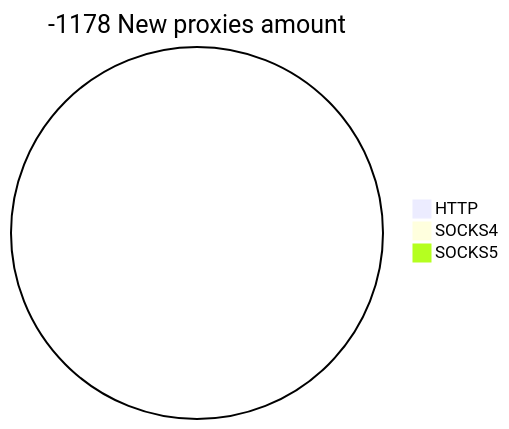
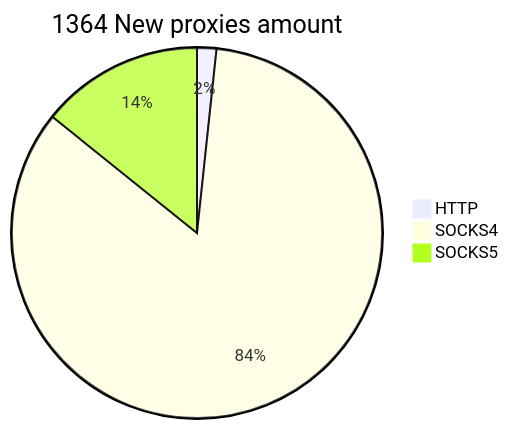
The second of 2 diagrams in README.md (cutipu/proxylist), drawn with Mermaid before and after one commit. The commit also changed other lines of this file, not shown here.

````diff
--- a/README.md
+++ b/README.md
@@ -10,6 +10,6 @@
 ```mermaid
-pie title -1178 New proxies amount
-    "HTTP" : 0
-    "SOCKS4" : 0
-    "SOCKS5" : 0
+pie title 1364 New proxies amount
+    "HTTP" : 23
+    "SOCKS4" : 1147
+    "SOCKS5" : 194
 ```
````
